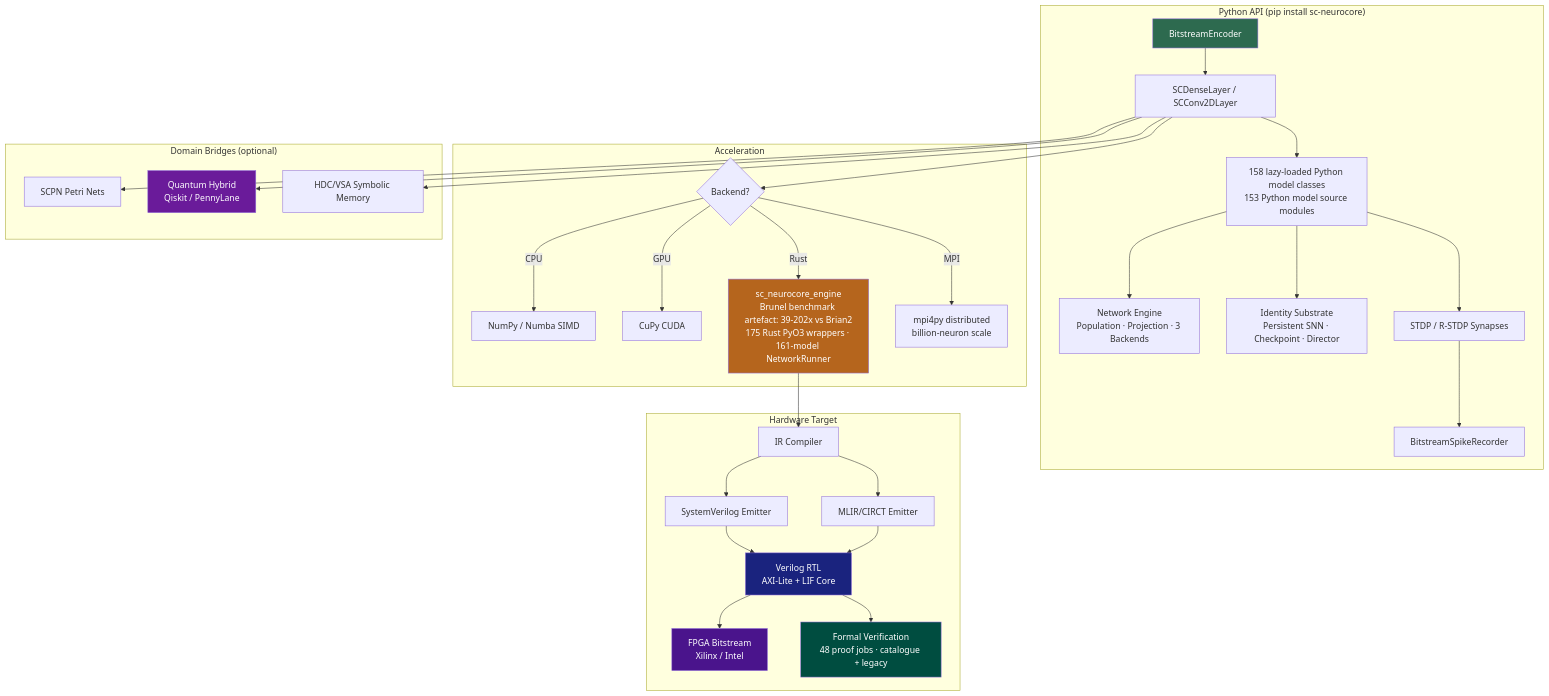
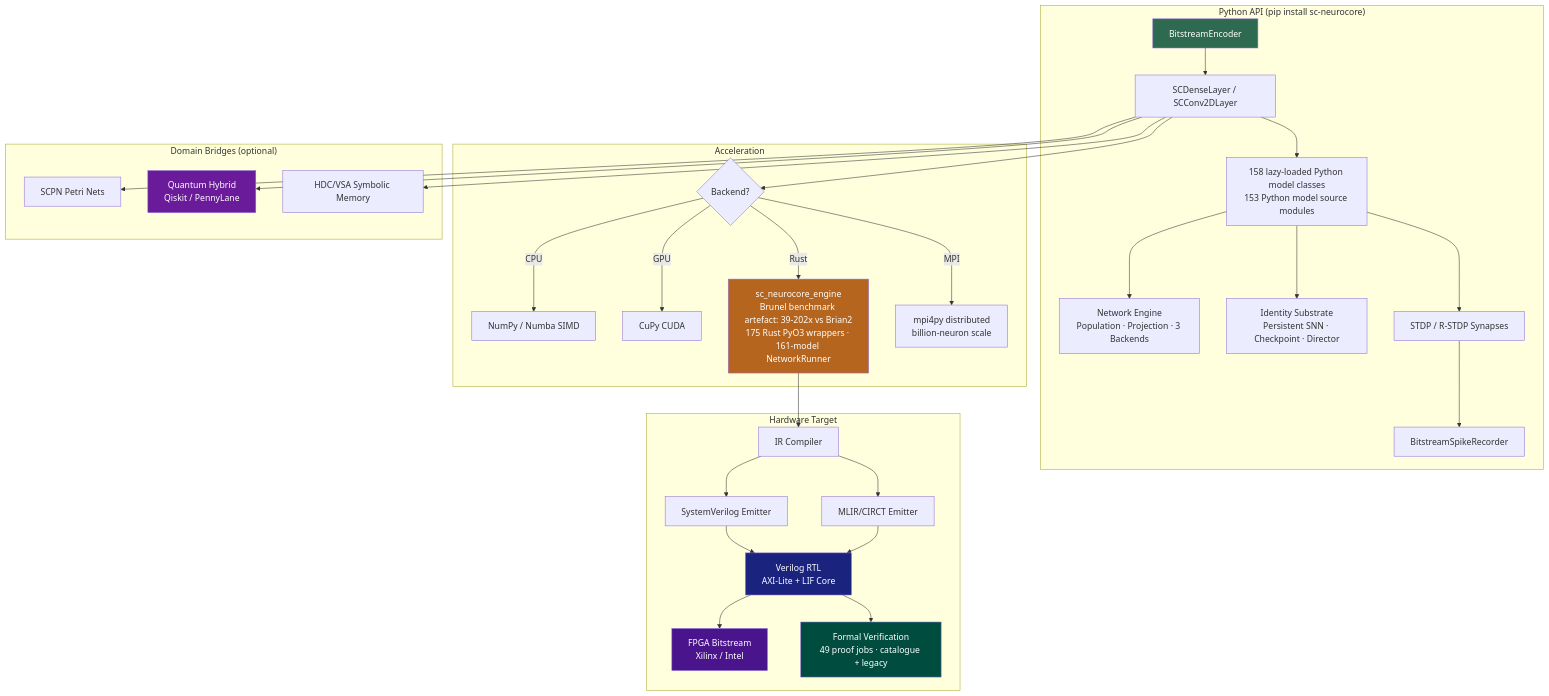
The diagram in README.md (anulum/sc-neurocore), drawn with Mermaid before and after one commit. The commit also changed other lines of this file and 55 other files, not shown here.

````diff
--- a/README.md
+++ b/README.md
@@ -357,42 +357,42 @@
 ```mermaid
 graph TD
     subgraph "Python API (pip install sc-neurocore)"
         A[BitstreamEncoder] --> B[SCDenseLayer / SCConv2DLayer]
         B --> C[158 lazy-loaded Python model classes<br/>153 Python model source modules]
         C --> NET[Network Engine<br/>Population · Projection · 3 Backends]
         C --> ID[Identity Substrate<br/>Persistent SNN · Checkpoint · Director]
         C --> D[STDP / R-STDP Synapses]
         D --> E[BitstreamSpikeRecorder]
     end
 
     subgraph "Acceleration"
         B --> F{Backend?}
         F -->|CPU| G[NumPy / Numba SIMD]
         F -->|GPU| H[CuPy CUDA]
         F -->|Rust| I[sc_neurocore_engine<br/>Brunel benchmark artefact: 39-202x vs Brian2<br/>175 Rust PyO3 wrappers · 161-model NetworkRunner]
         F -->|MPI| MPI[mpi4py distributed<br/>billion-neuron scale]
     end
 
     subgraph "Hardware Target"
         I --> J[IR Compiler]
         J --> K[SystemVerilog Emitter]
         J --> K2[MLIR/CIRCT Emitter]
         K --> L[Verilog RTL<br/>AXI-Lite + LIF Core]
         K2 --> L
         L --> M[FPGA Bitstream<br/>Xilinx / Intel]
-        L --> V[Formal Verification<br/>48 proof jobs · catalogue + legacy]
+        L --> V[Formal Verification<br/>49 proof jobs · catalogue + legacy]
     end
 
     subgraph "Domain Bridges (optional)"
         B --> N[SCPN Petri Nets]
         B --> O[Quantum Hybrid<br/>Qiskit / PennyLane]
         B --> P[HDC/VSA Symbolic Memory]
     end
 
     style A fill:#2d6a4f,color:#fff
     style I fill:#b5651d,color:#fff
     style L fill:#1a237e,color:#fff
     style M fill:#4a148c,color:#fff
     style O fill:#6a1b9a,color:#fff
     style V fill:#004d40,color:#fff
 ```
````
